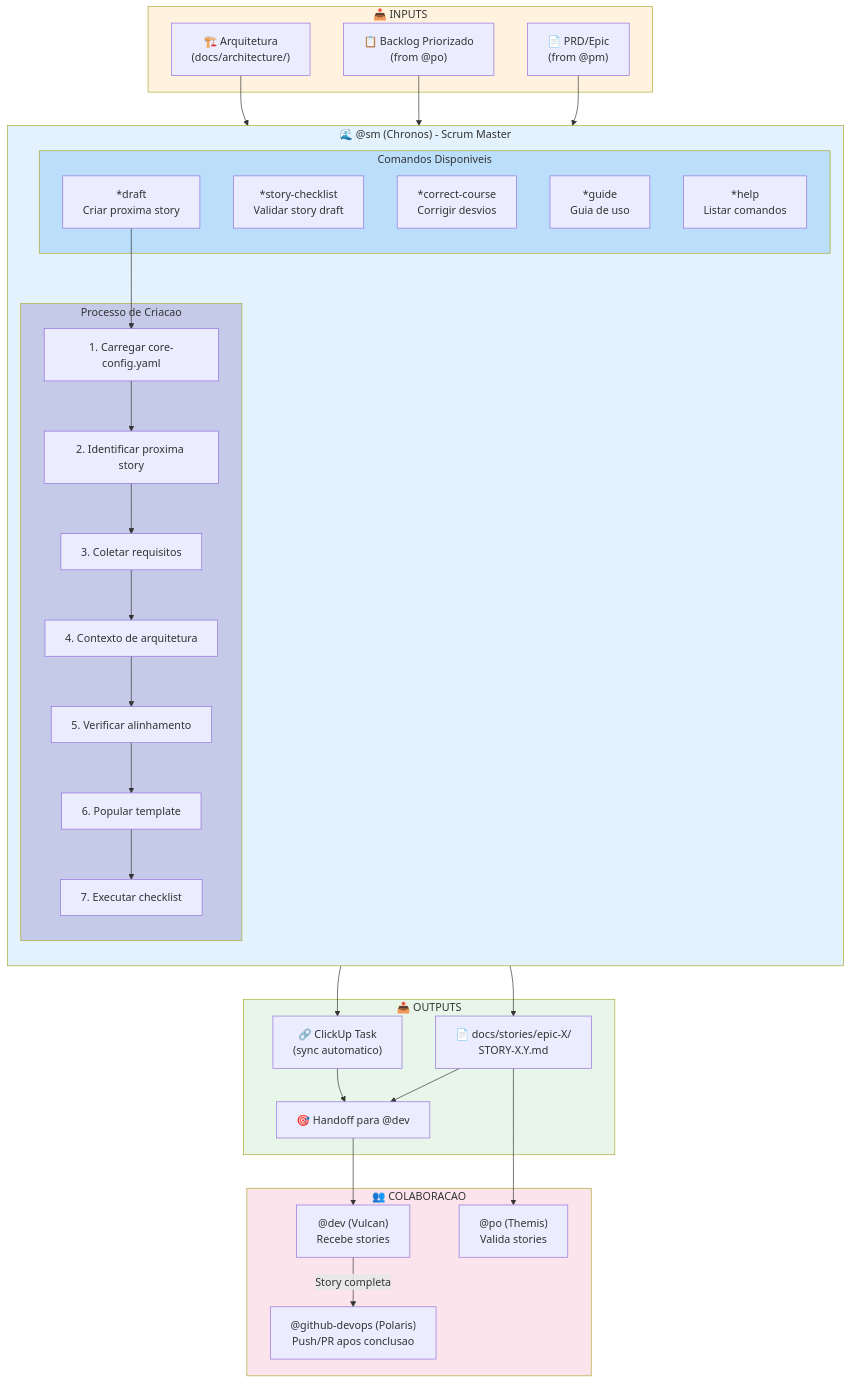
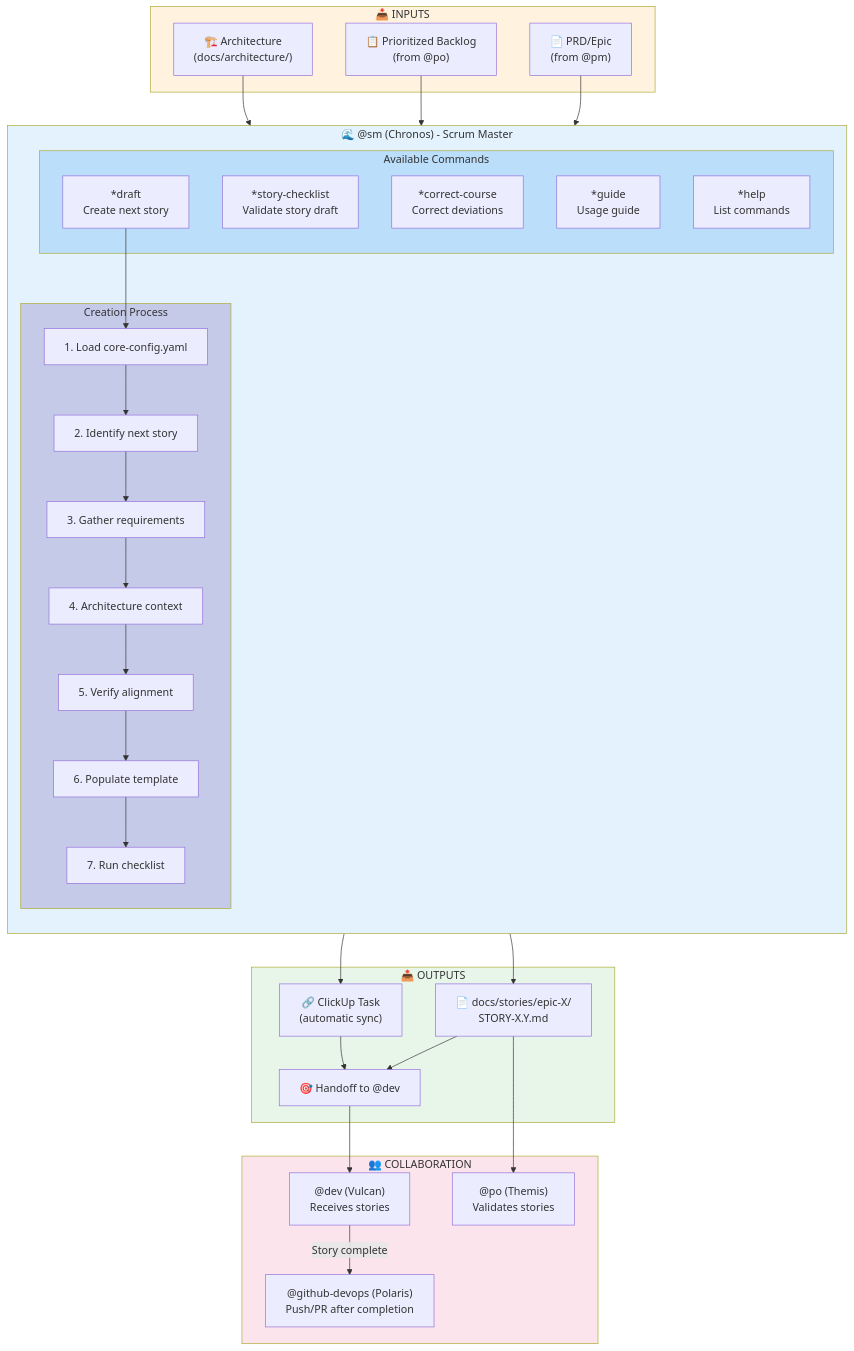
One commit to CyryxLabs/AEXOS changed the first of 4 diagrams in docs/aexos-agent-flows/sm-system.md. Above: the diagram before and after it, drawn with Mermaid. The commit also changed other lines of this file and 528 other files, not shown here.

````diff
--- a/docs/aexos-agent-flows/sm-system.md
+++ b/docs/aexos-agent-flows/sm-system.md
@@ -93,71 +93,71 @@
 ```mermaid
 flowchart TB
     subgraph INPUTS["📥 INPUTS"]
         PRD["📄 PRD/Epic<br/>(from @pm)"]
-        BACKLOG["📋 Backlog Priorizado<br/>(from @po)"]
-        ARCH["🏗️ Arquitetura<br/>(docs/architecture/)"]
+        BACKLOG["📋 Prioritized Backlog<br/>(from @po)"]
+        ARCH["🏗️ Architecture<br/>(docs/architecture/)"]
     end
 
     subgraph SM_AGENT["🌊 @sm (Chronos) - Scrum Master"]
         direction TB
 
-        subgraph COMMANDS["Comandos Disponiveis"]
-            DRAFT["*draft<br/>Criar proxima story"]
-            CHECKLIST["*story-checklist<br/>Validar story draft"]
-            CORRECT["*correct-course<br/>Corrigir desvios"]
-            GUIDE["*guide<br/>Guia de uso"]
-            HELP["*help<br/>Listar comandos"]
+        subgraph COMMANDS["Available Commands"]
+            DRAFT["*draft<br/>Create next story"]
+            CHECKLIST["*story-checklist<br/>Validate story draft"]
+            CORRECT["*correct-course<br/>Correct deviations"]
+            GUIDE["*guide<br/>Usage guide"]
+            HELP["*help<br/>List commands"]
         end
 
-        subgraph PROCESS["Processo de Criacao"]
-            LOAD_CONFIG["1. Carregar core-config.yaml"]
-            IDENTIFY_STORY["2. Identificar proxima story"]
-            GATHER_REQS["3. Coletar requisitos"]
-            GATHER_ARCH["4. Contexto de arquitetura"]
-            VERIFY_STRUCTURE["5. Verificar alinhamento"]
-            POPULATE["6. Popular template"]
-            VALIDATE["7. Executar checklist"]
+        subgraph PROCESS["Creation Process"]
+            LOAD_CONFIG["1. Load core-config.yaml"]
+            IDENTIFY_STORY["2. Identify next story"]
+            GATHER_REQS["3. Gather requirements"]
+            GATHER_ARCH["4. Architecture context"]
+            VERIFY_STRUCTURE["5. Verify alignment"]
+            POPULATE["6. Populate template"]
+            VALIDATE["7. Run checklist"]
         end
     end
 
     PRD --> IDENTIFY_STORY
     BACKLOG --> IDENTIFY_STORY
     ARCH --> GATHER_ARCH
 
     DRAFT --> LOAD_CONFIG
     LOAD_CONFIG --> IDENTIFY_STORY
     IDENTIFY_STORY --> GATHER_REQS
     GATHER_REQS --> GATHER_ARCH
     GATHER_ARCH --> VERIFY_STRUCTURE
     VERIFY_STRUCTURE --> POPULATE
     POPULATE --> VALIDATE
 
     VALIDATE --> STORY_FILE["📄 docs/stories/epic-X/<br/>STORY-X.Y.md"]
-    VALIDATE --> CLICKUP["🔗 ClickUp Task<br/>(sync automatico)"]
+    VALIDATE --> CLICKUP["🔗 ClickUp Task<br/>(automatic sync)"]
 
     subgraph OUTPUTS["📤 OUTPUTS"]
         STORY_FILE
         CLICKUP
-        HANDOFF["🎯 Handoff para @dev"]
+        HANDOFF["🎯 Handoff to @dev"]
     end
 
     STORY_FILE --> HANDOFF
     CLICKUP --> HANDOFF
 
-    subgraph COLLABORATION["👥 COLABORACAO"]
-        DEV_AGENT["@dev (Vulcan)<br/>Recebe stories"]
-        PO_AGENT["@po (Themis)<br/>Valida stories"]
-        DEVOPS_AGENT["@github-devops (Polaris)<br/>Push/PR apos conclusao"]
+    subgraph COLLABORATION["👥 COLLABORATION"]
+        DEV_AGENT["@dev (Vulcan)<br/>Receives stories"]
+        PO_AGENT["@po (Themis)<br/>Validates stories"]
+        DEVOPS_AGENT["@github-devops (Polaris)<br/>Push/PR after completion"]
     end
 
     HANDOFF --> DEV_AGENT
     STORY_FILE --> PO_AGENT
-    DEV_AGENT -->|"Story completa"| DEVOPS_AGENT
+    DEV_AGENT -->|"Story complete"| DEVOPS_AGENT
 
     style SM_AGENT fill:#e3f2fd
     style INPUTS fill:#fff3e0
     style OUTPUTS fill:#e8f5e9
     style COLLABORATION fill:#fce4ec
     style COMMANDS fill:#bbdefb
     style PROCESS fill:#c5cae9
 ```
````
